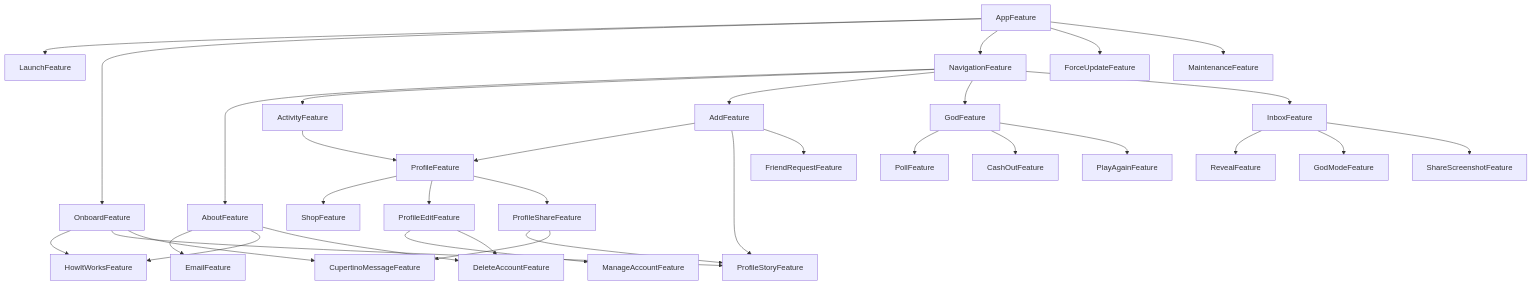
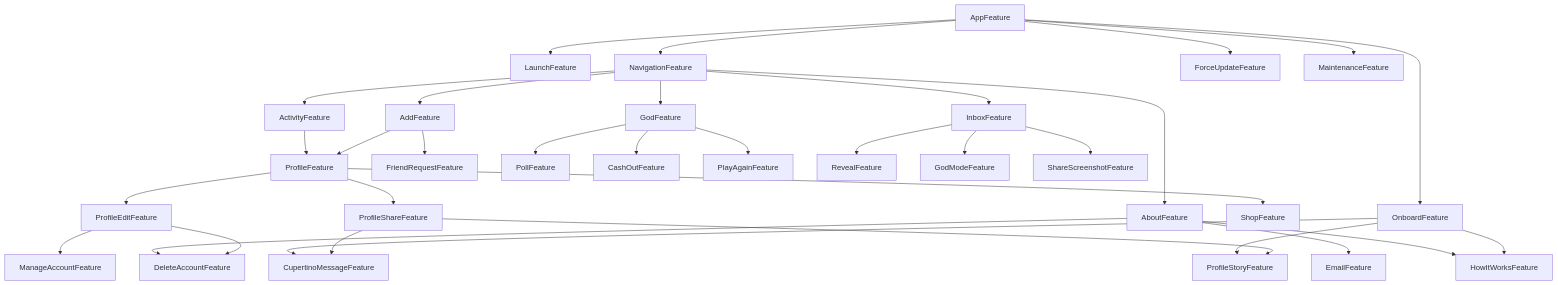
One commit to 0x1-company/god-ios changed the diagram in Packages/GodPackage/README.md. Above: the diagram before and after it, drawn with Mermaid. The commit also changed 1 other file, not shown here.

Commit message:
chore: 🤖 dgraph

````diff
--- a/Packages/GodPackage/README.md
+++ b/Packages/GodPackage/README.md
@@ -6,36 +6,35 @@
 ```mermaid
 graph TD;
     AboutFeature-->EmailFeature;
     AboutFeature-->HowItWorksFeature;
     AboutFeature-->DeleteAccountFeature;
     ActivityFeature-->ProfileFeature;
     AddFeature-->ProfileFeature;
-    AddFeature-->ProfileStoryFeature;
     AddFeature-->FriendRequestFeature;
     AppFeature-->LaunchFeature;
     AppFeature-->OnboardFeature;
     AppFeature-->NavigationFeature;
     AppFeature-->ForceUpdateFeature;
     AppFeature-->MaintenanceFeature;
     GodFeature-->PollFeature;
     GodFeature-->CashOutFeature;
     GodFeature-->PlayAgainFeature;
     InboxFeature-->RevealFeature;
     InboxFeature-->GodModeFeature;
     InboxFeature-->ShareScreenshotFeature;
     NavigationFeature-->AboutFeature;
     NavigationFeature-->ActivityFeature;
     NavigationFeature-->AddFeature;
     NavigationFeature-->GodFeature;
     NavigationFeature-->InboxFeature;
     OnboardFeature-->HowItWorksFeature;
     OnboardFeature-->ProfileStoryFeature;
     OnboardFeature-->CupertinoMessageFeature;
     ProfileEditFeature-->ManageAccountFeature;
     ProfileEditFeature-->DeleteAccountFeature;
     ProfileFeature-->ShopFeature;
     ProfileFeature-->ProfileEditFeature;
     ProfileFeature-->ProfileShareFeature;
     ProfileShareFeature-->ProfileStoryFeature;
     ProfileShareFeature-->CupertinoMessageFeature;
 ```
````
